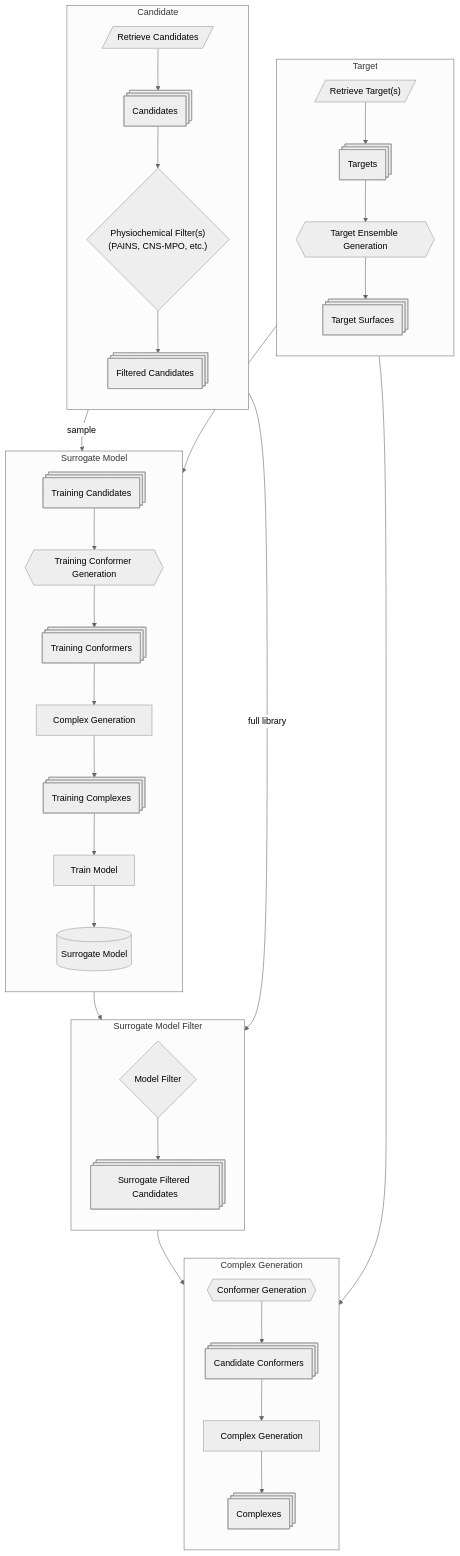
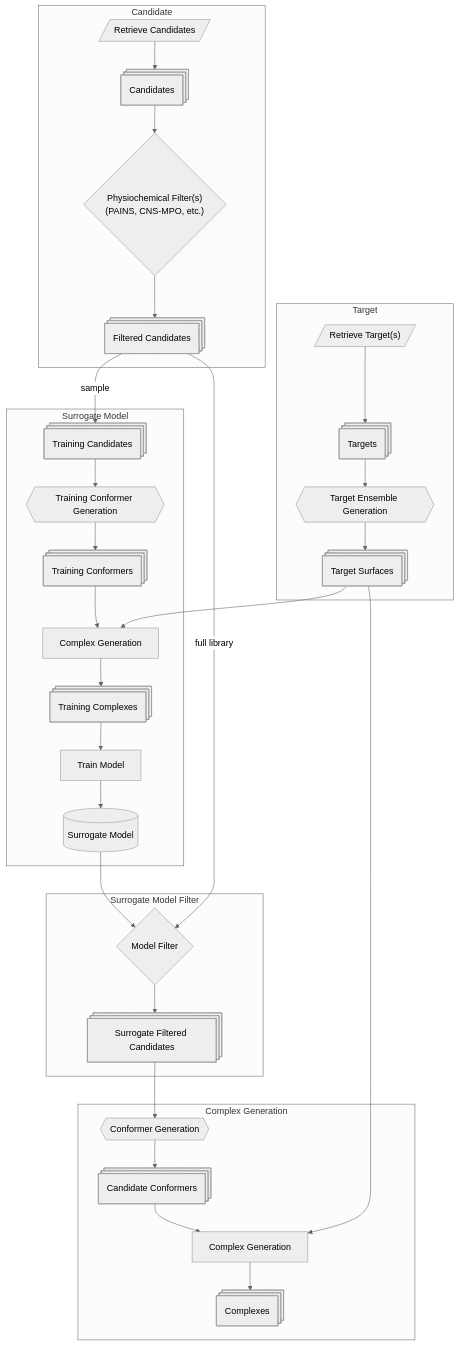
The diagram in README.md (mmicatka/lynceus), drawn with Mermaid (neutral theme) before and after one commit. The commit also changed 13 other files, not shown here.

````diff
--- a/README.md
+++ b/README.md
@@ -15,57 +15,48 @@
 ```mermaid
 
 flowchart TD
 
   subgraph Target
-    direction TD
 
     RetrieveTargets[/"Retrieve Target(s)"/] --> Targets@{ shape: st-rect, label: "Targets" }
     Targets --> EnsembleGeneration{{"Target Ensemble Generation"}}
     EnsembleGeneration --> TargetSurfaces@{shape: st-rect, label: "Target Surfaces"}
   end
 
   subgraph Candidate
-    direction TD
-
     RetrieveCandidates[/"Retrieve Candidates"/] --> Candidates@{ shape: st-rect, label: "Candidates" }
     Candidates --> PhysioChemFilter{"Physiochemical Filter(s)<br>(PAINS, CNS-MPO, etc.)"}
     PhysioChemFilter --> PhysioChemFilteredCandidates@{shape: st-rect, label: "Filtered Candidates"}
   end
 
   subgraph Surrogate Model
-    direction TD
-
     PhysioChemFilteredCandidates -- "sample" --> TrainingCandidates@{ shape: st-rect, label: "Training Candidates" }
     TrainingCandidates --> TrainingConformerGeneration{{"Training Conformer Generation"}}
     TrainingConformerGeneration --> TrainingConformers@{shape: st-rect, label: "Training Conformers"}
 
     TrainingConformers --> ModelComplexGeneration["Complex Generation"]
     TargetSurfaces --> ModelComplexGeneration
 
     ModelComplexGeneration --> TrainingComplexes@{shape: st-rect, label: "Training Complexes"}
 
     TrainingComplexes --> TrainModel["Train Model"]
     TrainModel --> SurrogateModel@{shape: cyl, label: "Surrogate Model"}
   end
 
   subgraph Surrogate Model Filter
-    direction TD
-
     SurrogateModel --> SurrogateModelFilter{"Model Filter"}
     PhysioChemFilteredCandidates -- "full library" --> SurrogateModelFilter
     SurrogateModelFilter --> SurrogateFilteredCandidates@{shape: st-rect, label: "Surrogate Filtered Candidates"}
   end
 
   subgraph Complex Generation
-    direction TD
-
     SurrogateFilteredCandidates --> SurrogateFilteredCandidateConformerGeneration{{"Conformer Generation"}}
     SurrogateFilteredCandidateConformerGeneration --> CandidateConformers@{ shape: st-rect, label: "Candidate Conformers"}
 
     CandidateConformers --> ComplexGeneration["Complex Generation"]
     TargetSurfaces --> ComplexGeneration
 
     ComplexGeneration --> Complexes@{shape: st-rect, label: "Complexes"}
   end
 
 ```
````
